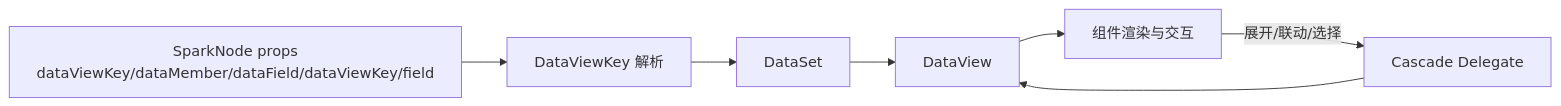
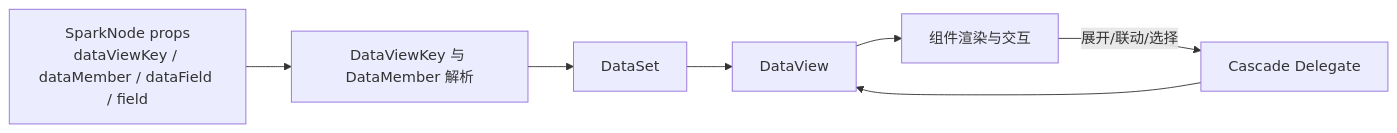
The diagram in docs/blog-series/11-dataview-binding-and-cascade-loading.md (LMSpark/spark-view-vue), drawn with Mermaid before and after one commit. The commit also changed other lines of this file and 30 other files, not shown here.

Commit message:
docs: refresh documentation and component metadata for DataViewKey naming consistency

````diff
--- a/docs/blog-series/11-dataview-binding-and-cascade-loading.md
+++ b/docs/blog-series/11-dataview-binding-and-cascade-loading.md
@@ -33,12 +33,12 @@
 ```mermaid
 flowchart LR
-  Node["SparkNode props<br/>dataViewKey/dataMember/dataField/dataViewKey/field"]
-  Parser["DataViewKey 解析"]
+  Node["SparkNode props<br/>dataViewKey / dataMember / dataField / field"]
+  Parser["DataViewKey 与 DataMember 解析"]
   DataSet["DataSet"]
   View["DataView"]
   Cascade["Cascade Delegate"]
   Component["组件渲染与交互"]
 
   Node --> Parser --> DataSet --> View --> Component
   Component -- "展开/联动/选择" --> Cascade --> View
 ```
````
